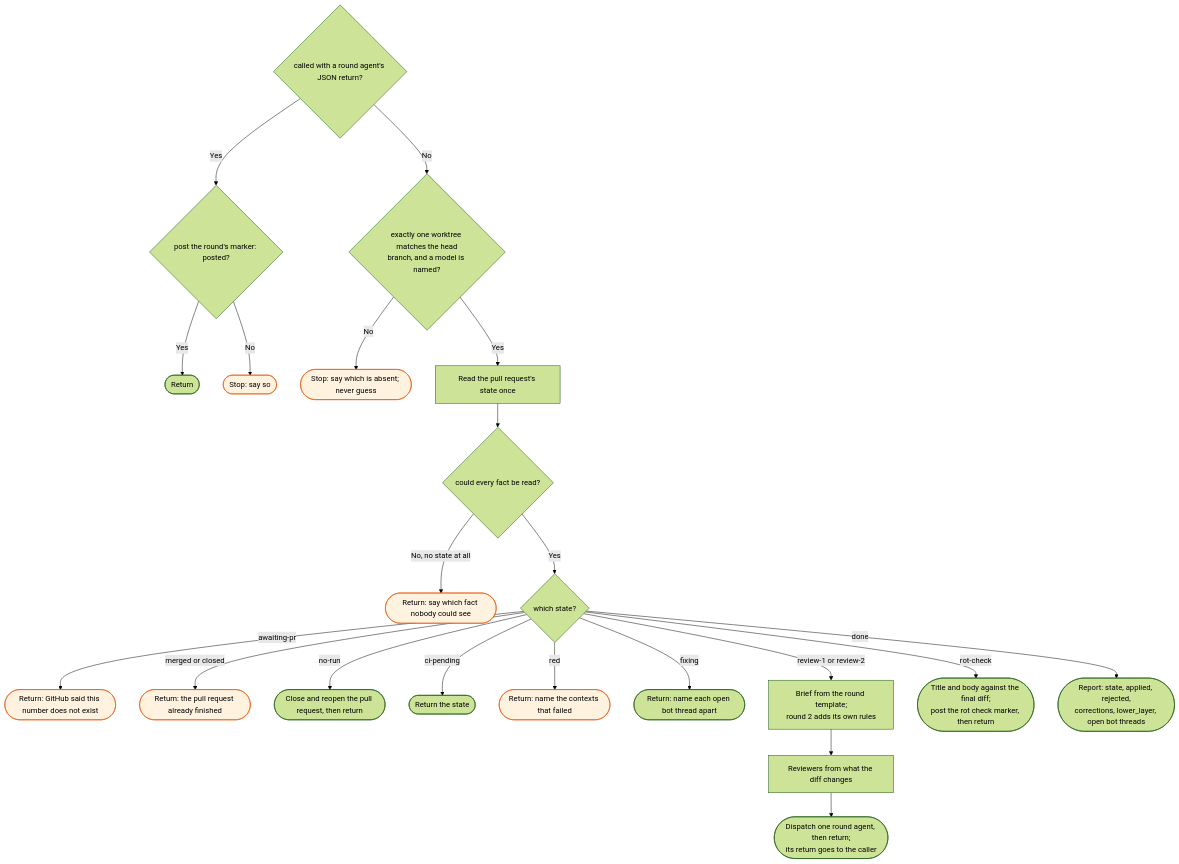
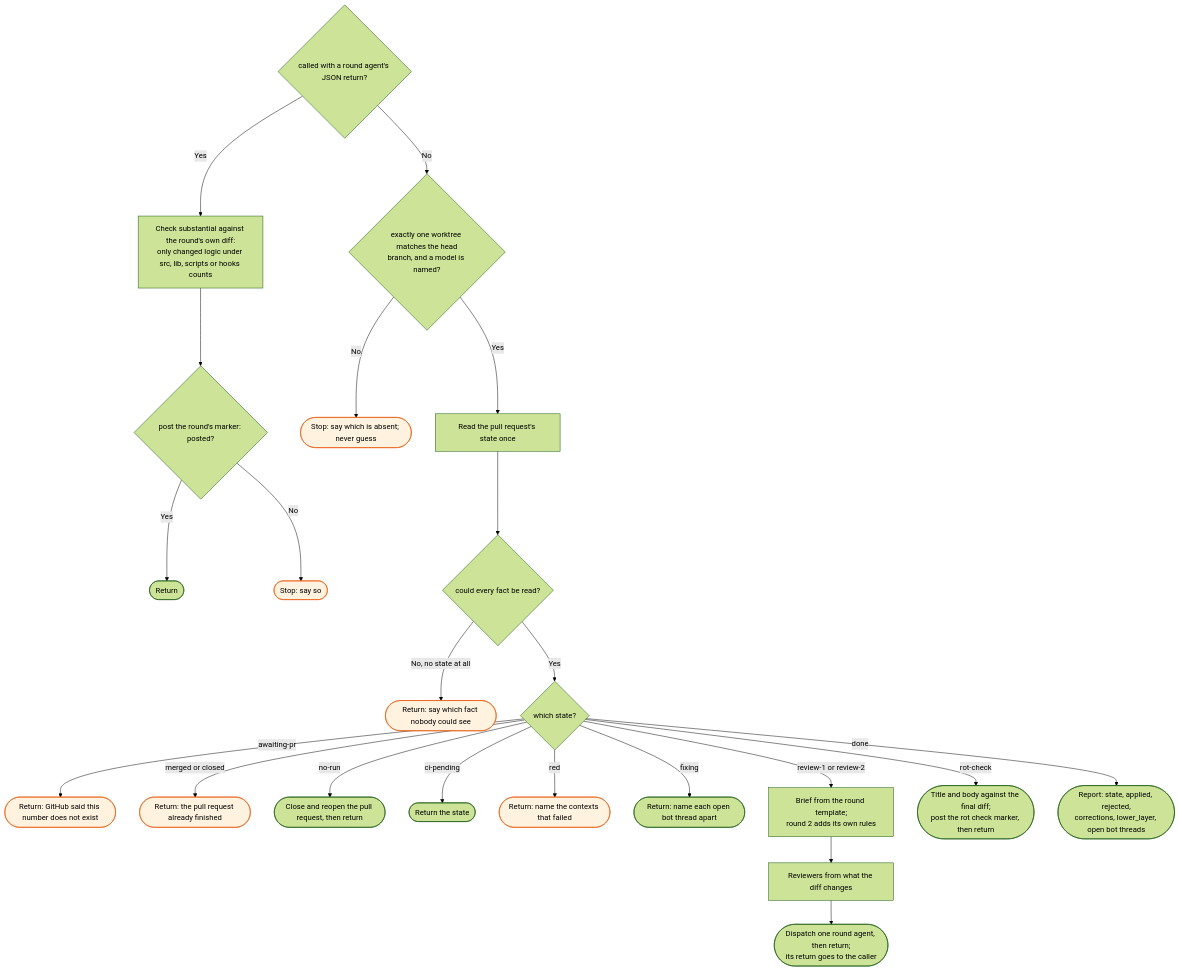
The diagram in docs/flows/workstreams/review/_skill-flow.md (bje-settings/claude), drawn with Mermaid (forest theme) before and after one commit. The commit also changed other lines of this file and 11 other files, not shown here.

````diff
--- a/docs/flows/workstreams/review/_skill-flow.md
+++ b/docs/flows/workstreams/review/_skill-flow.md
@@ -15,30 +15,31 @@
 ```mermaid
 flowchart TD
     R0{called with a round agent's JSON return?}
-    R0 -->|Yes| R2{post the round's marker: posted?}
+    R0 -->|Yes| RS[Check substantial against the round's own diff:<br/>only changed logic under src, lib, scripts or hooks counts]
+    RS --> R2{post the round's marker: posted?}
     R2 -->|Yes| R1([Return])
     R2 -->|No| R3([Stop: say so]):::stop
     R0 -->|No| W{exactly one worktree matches the head<br/>branch, and a model is named?}
     W -->|No| W1([Stop: say which is absent; never guess]):::stop
     W -->|Yes| C[Read the pull request's state once]
 
     C --> D{could every fact be read?}
     D -->|No, no state at all| D1([Return: say which fact nobody could see]):::stop
     D -->|Yes| E{which state?}
 
     E -->|awaiting-pr| E1([Return: GitHub said this number does not exist]):::stop
     E -->|merged or closed| E1b([Return: the pull request already finished]):::stop
     E -->|no-run| F([Close and reopen the pull request, then return])
     E -->|ci-pending| G([Return the state])
     E -->|red| G1([Return: name the contexts that failed]):::stop
     E -->|fixing| G2([Return: name each open bot thread apart])
 
     E -->|review-1 or review-2| I[Brief from the round template;<br/>round 2 adds its own rules]
     I --> J[Reviewers from what the diff changes]
     J --> K([Dispatch one round agent, then return;<br/>its return goes to the caller])
 
     E -->|rot-check| Q([Title and body against the final diff;<br/>post the rot check marker, then return])
     E -->|done| S([Report: state, applied, rejected,<br/>corrections, lower_layer, open bot threads])
 
     classDef stop fill:#fff3e0,stroke:#e65100,color:#000
 ```
````
